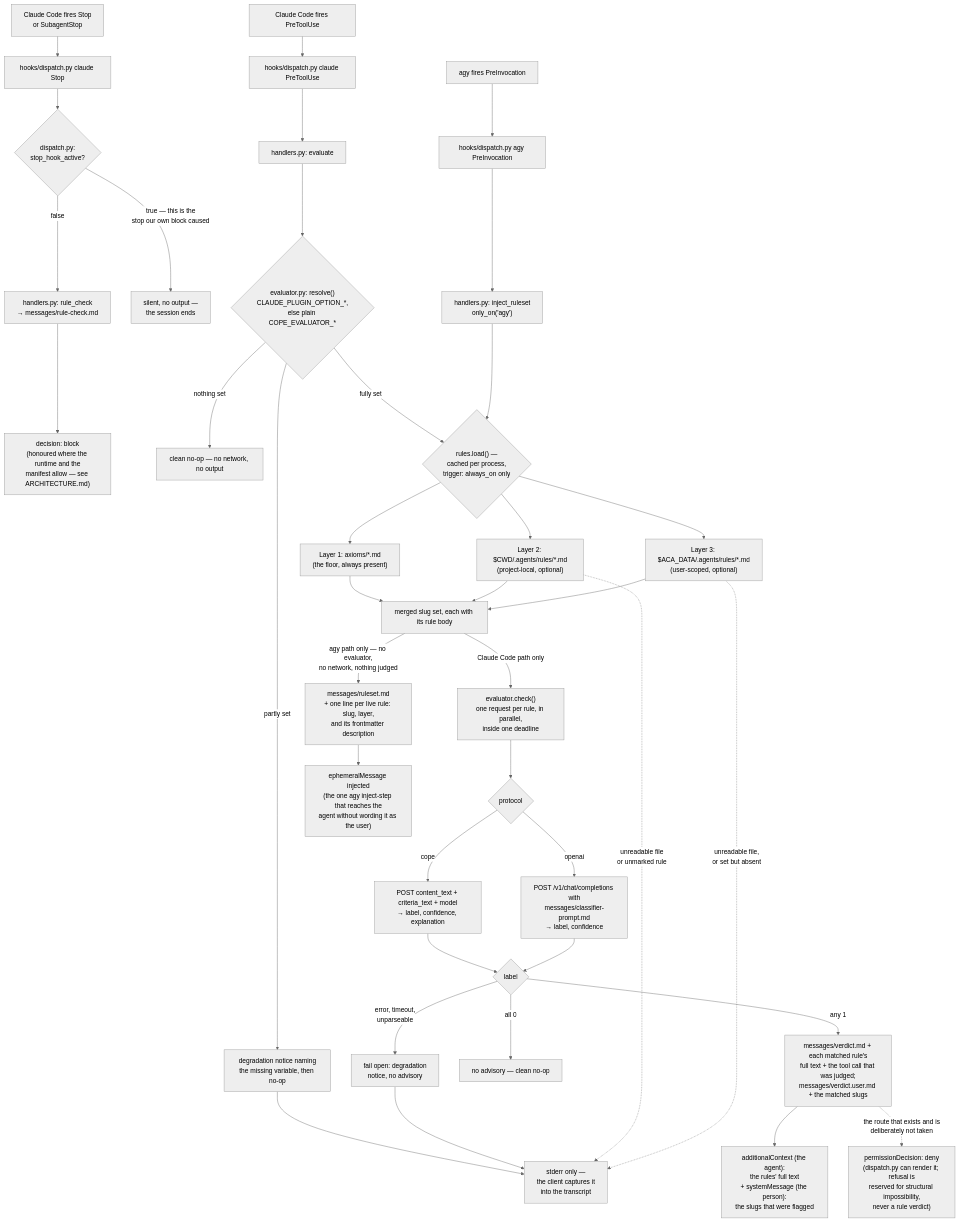
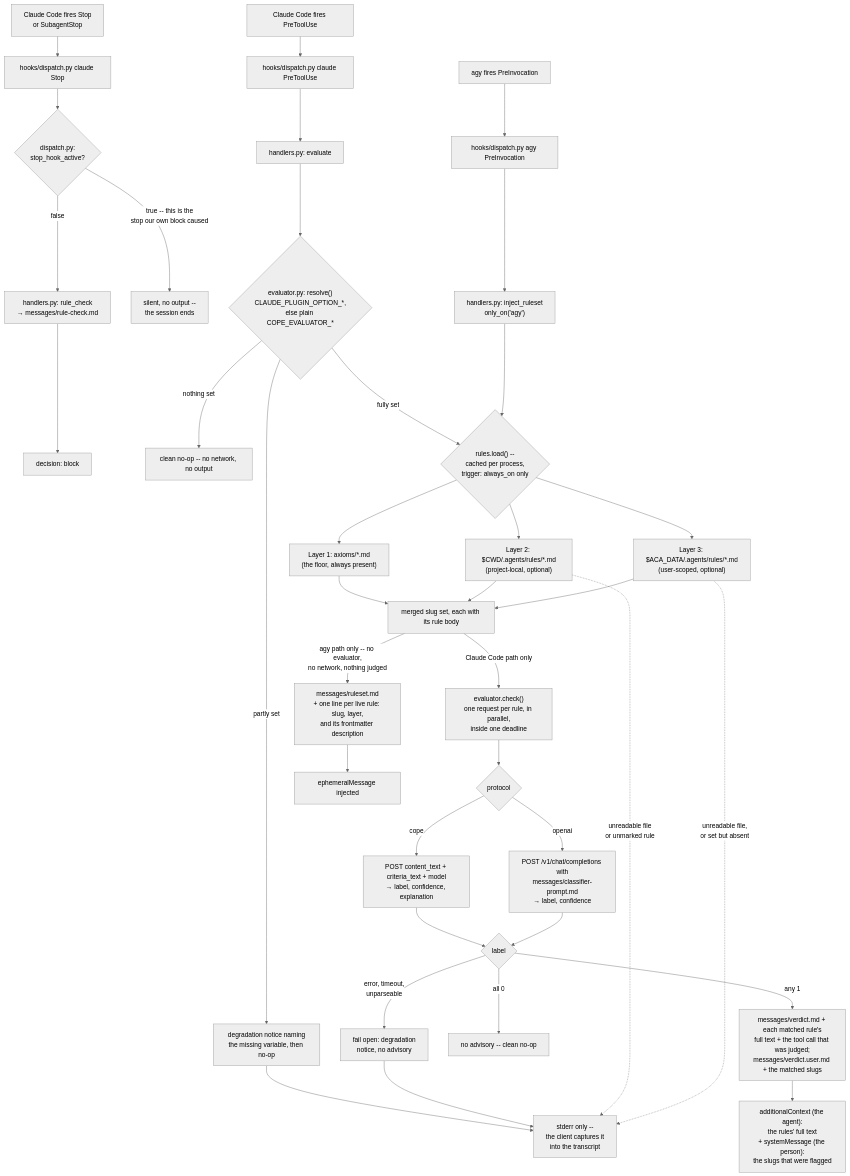
The diagram in rbg-openclaw/README.md (nicsuzor/academicOps), drawn with Mermaid (neutral theme) before and after one commit. The commit also changed other lines of this file and 663 other files, not shown here.

````diff
--- a/rbg-openclaw/README.md
+++ b/rbg-openclaw/README.md
@@ -5,47 +11,45 @@
 ```mermaid
 flowchart TD
     A[Claude Code fires PreToolUse] --> B["hooks/dispatch.py claude PreToolUse"]
     A2[agy fires PreInvocation] --> B2["hooks/dispatch.py agy PreInvocation"]
     A3[Claude Code fires Stop<br/>or SubagentStop] --> B3["hooks/dispatch.py claude Stop"]
     B --> C["handlers.py: evaluate"]
     B2 --> C2["handlers.py: inject_ruleset<br/>only_on('agy')"]
     B3 --> S{"dispatch.py:<br/>stop_hook_active?"}
-    S -->|"true — this is the<br/>stop our own block caused"| S1[silent, no output —<br/>the session ends]
+    S -->|"true -- this is the<br/>stop our own block caused"| S1[silent, no output --<br/>the session ends]
     S -->|false| S2["handlers.py: rule_check<br/>→ messages/rule-check.md"]
-    S2 --> S3["decision: block<br/>(honoured where the runtime and the<br/>manifest allow — see ARCHITECTURE.md)"]
+    S2 --> S3["decision: block"]
 
     C --> R{"evaluator.py: resolve()<br/>CLAUDE_PLUGIN_OPTION_*,<br/>else plain COPE_EVALUATOR_*"}
-    R -->|nothing set| R1[clean no-op — no network, no output]
+    R -->|nothing set| R1[clean no-op -- no network, no output]
     R -->|partly set| R2[degradation notice naming<br/>the missing variable, then no-op]
     R -->|fully set| D
 
     C2 --> D
-    D{"rules.load() —<br/>cached per process,<br/>trigger: always_on only"} --> E1["Layer 1: axioms/*.md<br/>(the floor, always present)"]
+    D{"rules.load() --<br/>cached per process,<br/>trigger: always_on only"} --> E1["Layer 1: axioms/*.md<br/>(the floor, always present)"]
     D --> E2["Layer 2: $CWD/.agents/rules/*.md<br/>(project-local, optional)"]
     D --> E3["Layer 3: $ACA_DATA/.agents/rules/*.md<br/>(user-scoped, optional)"]
     E1 --> F[merged slug set, each with its rule body]
     E2 --> F
     E3 --> F
 
     F -->|Claude Code path only| G["evaluator.check()<br/>one request per rule, in parallel,<br/>inside one deadline"]
     G --> H{"protocol"}
     H -->|cope| H1["POST content_text + criteria_text + model<br/>→ label, confidence, explanation"]
     H -->|openai| H2["POST /v1/chat/completions with<br/>messages/classifier-prompt.md<br/>→ label, confidence"]
     H1 --> I{label}
     H2 --> I
     I -->|error, timeout,<br/>unparseable| J["fail open: degradation<br/>notice, no advisory"]
-    I -->|all 0| K[no advisory — clean no-op]
+    I -->|all 0| K[no advisory -- clean no-op]
     I -->|any 1| L["messages/verdict.md + each matched rule's<br/>full text + the tool call that was judged;<br/>messages/verdict.user.md + the matched slugs"]
     L --> M["additionalContext (the agent):<br/>the rules' full text<br/>+ systemMessage (the person):<br/>the slugs that were flagged"]
-    L -.->|the route that exists and is<br/>deliberately not taken| Z
-    Z["permissionDecision: deny<br/>(dispatch.py can render it; refusal is<br/>reserved for structural impossibility,<br/>never a rule verdict)"]
 
-    F -->|agy path only — no evaluator,<br/>no network, nothing judged| N["messages/ruleset.md<br/>+ one line per live rule: slug, layer,<br/>and its frontmatter description"]
-    N --> O["ephemeralMessage injected<br/>(the one agy inject-step that reaches the<br/>agent without wording it as the user)"]
+    F -->|agy path only -- no evaluator,<br/>no network, nothing judged| N["messages/ruleset.md<br/>+ one line per live rule: slug, layer,<br/>and its frontmatter description"]
+    N --> O["ephemeralMessage injected"]
 
     R2 --> P
     J --> P
     E2 -.->|unreadable file<br/>or unmarked rule| P
     E3 -.->|unreadable file,<br/>or set but absent| P
-    P["stderr only —<br/>the client captures it<br/>into the transcript"]
+    P["stderr only --<br/>the client captures it<br/>into the transcript"]
 ```
````
